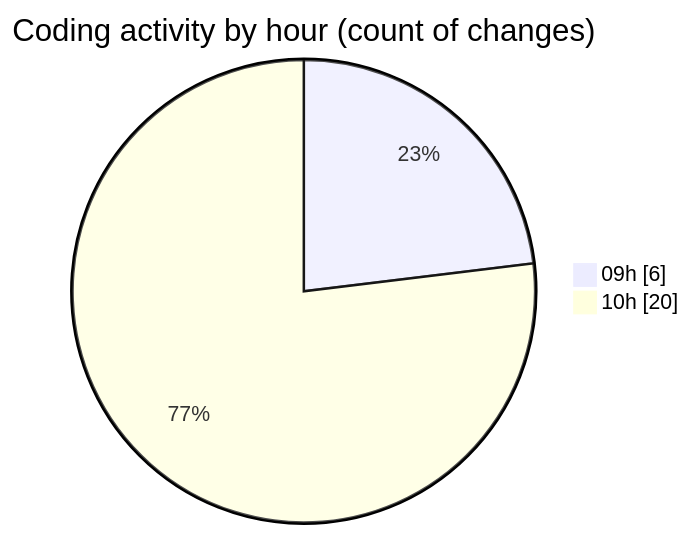
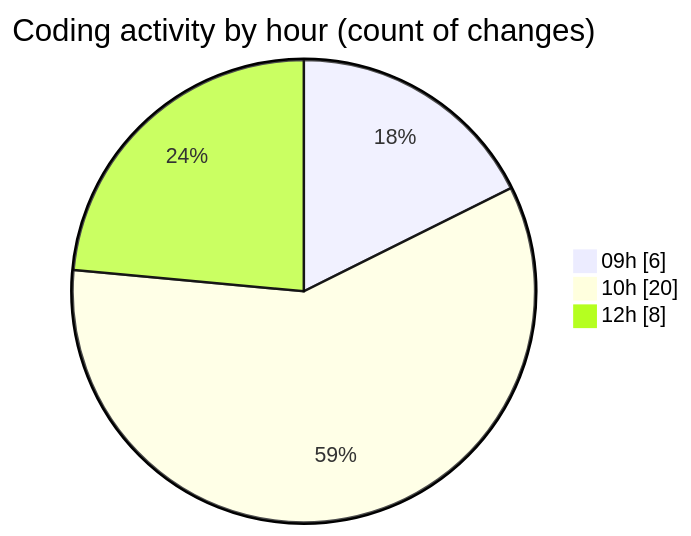
Before and after one commit to becaeroporto-bot/code-tracking: the second of 2 diagrams in 2026-02-18/bot_v1_2/README.md, drawn with Mermaid. The commit also changed other lines of this file and 1 other file, not shown here.

````diff
--- a/2026-02-18/bot_v1_2/README.md
+++ b/2026-02-18/bot_v1_2/README.md
@@ -40,6 +51,7 @@
 ```mermaid
 pie showData
 title Coding activity by hour (count of changes)
 "09h" : 6
 "10h" : 20
+"12h" : 8
 ```
````
